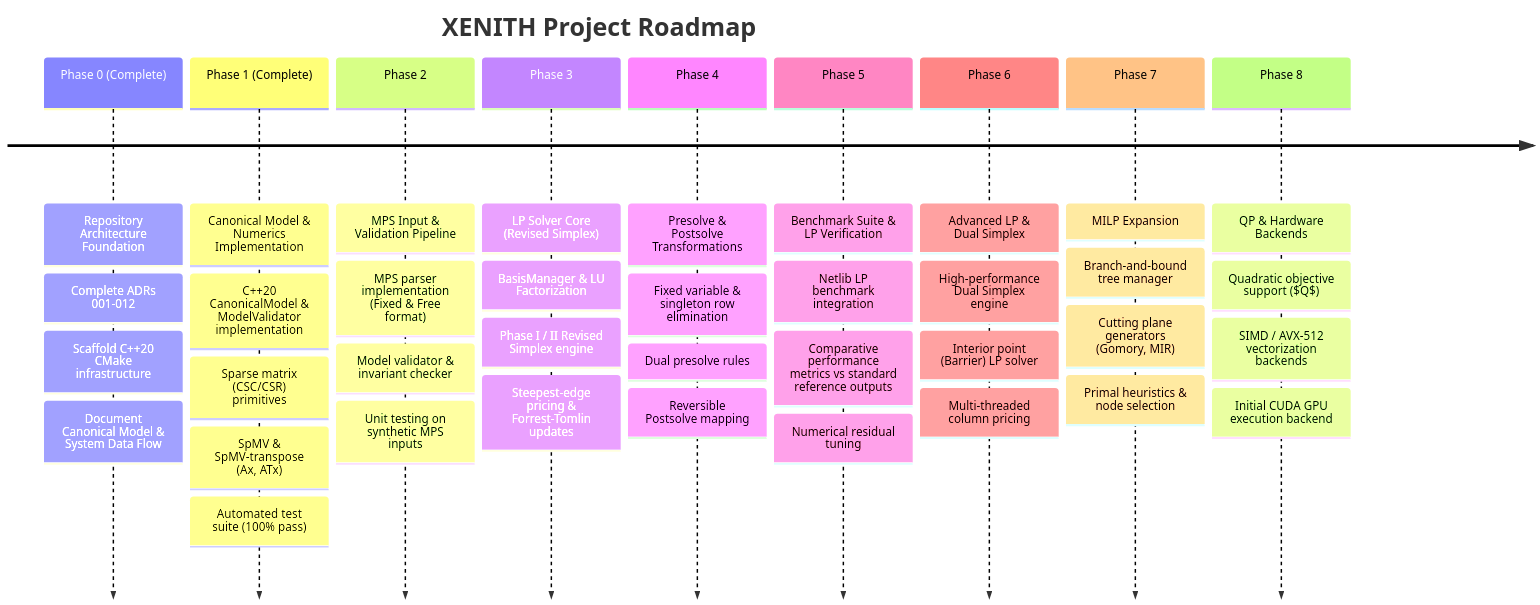
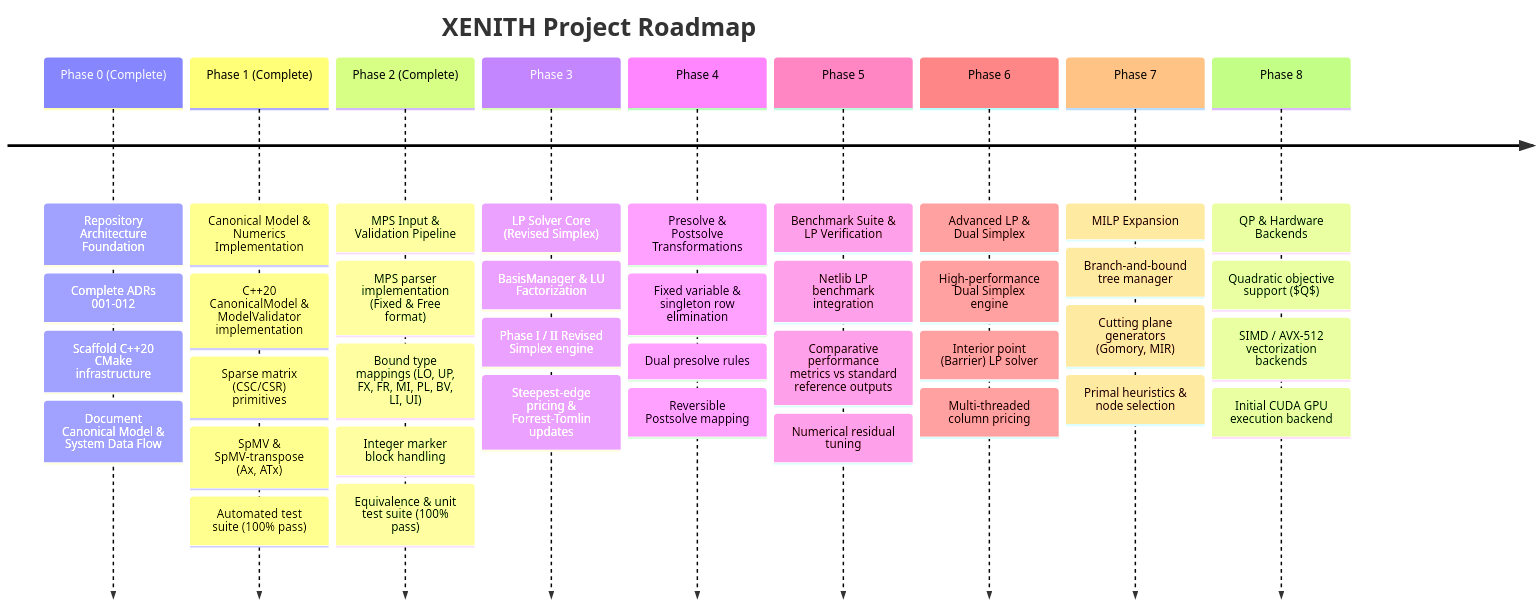
Before and after one commit to Uni-coder-harsh/Xenith: the diagram in docs/roadmap.md, drawn with Mermaid. The commit also changed other lines of this file and 21 other files, not shown here.

Commit message:
feat(phase2): implement MpsReader parser, section tokenization, bound mapping, integer markers, and equivalence tests

````diff
--- a/docs/roadmap.md
+++ b/docs/roadmap.md
@@ -9,13 +9,13 @@
 ```mermaid
 timeline
     title XENITH Project Roadmap
     Phase 0 (Complete) : Repository Architecture Foundation : Complete ADRs 001-012 : Scaffold C++20 CMake infrastructure : Document Canonical Model & System Data Flow
     Phase 1 (Complete) : Canonical Model & Numerics Implementation : C++20 CanonicalModel & ModelValidator implementation : Sparse matrix (CSC/CSR) primitives : SpMV & SpMV-transpose (Ax, ATx) : Automated test suite (100% pass)
-    Phase 2 : MPS Input & Validation Pipeline : MPS parser implementation (Fixed & Free format) : Model validator & invariant checker : Unit testing on synthetic MPS inputs
+    Phase 2 (Complete) : MPS Input & Validation Pipeline : MPS parser implementation (Fixed & Free format) : Bound type mappings (LO, UP, FX, FR, MI, PL, BV, LI, UI) : Integer marker block handling : Equivalence & unit test suite (100% pass)
     Phase 3 : LP Solver Core (Revised Simplex) : BasisManager & LU Factorization : Phase I / II Revised Simplex engine : Steepest-edge pricing & Forrest-Tomlin updates
     Phase 4 : Presolve & Postsolve Transformations : Fixed variable & singleton row elimination : Dual presolve rules : Reversible Postsolve mapping
     Phase 5 : Benchmark Suite & LP Verification : Netlib LP benchmark integration : Comparative performance metrics vs standard reference outputs : Numerical residual tuning
     Phase 6 : Advanced LP & Dual Simplex : High-performance Dual Simplex engine : Interior point (Barrier) LP solver : Multi-threaded column pricing
     Phase 7 : MILP Expansion : Branch-and-bound tree manager : Cutting plane generators (Gomory, MIR) : Primal heuristics & node selection
     Phase 8 : QP & Hardware Backends : Quadratic objective support ($Q$) : SIMD / AVX-512 vectorization backends : Initial CUDA GPU execution backend
 ```
````
